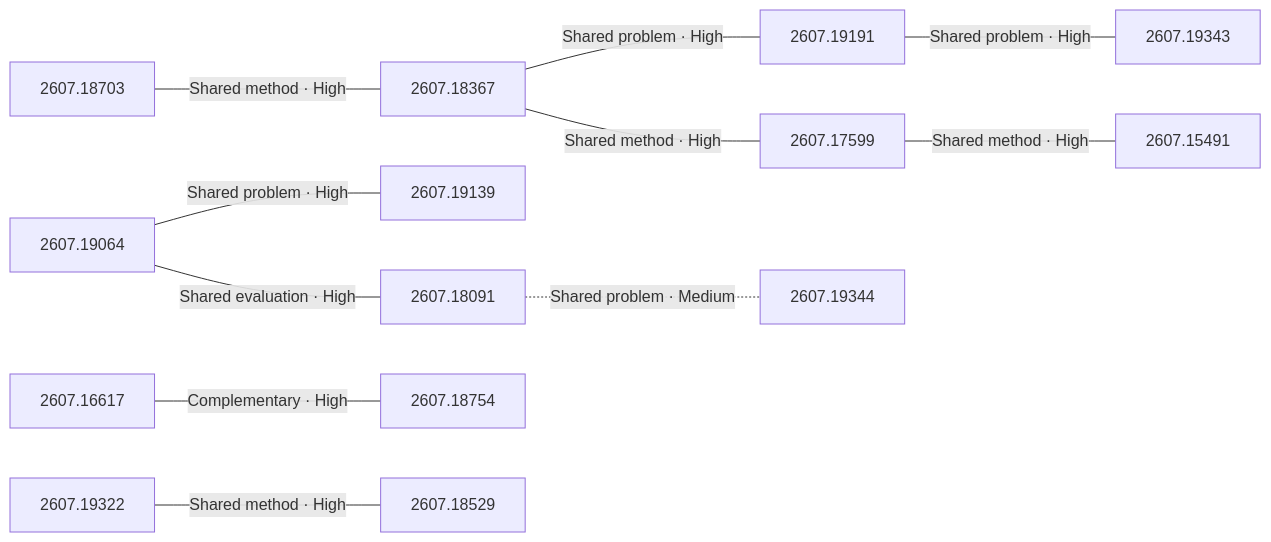
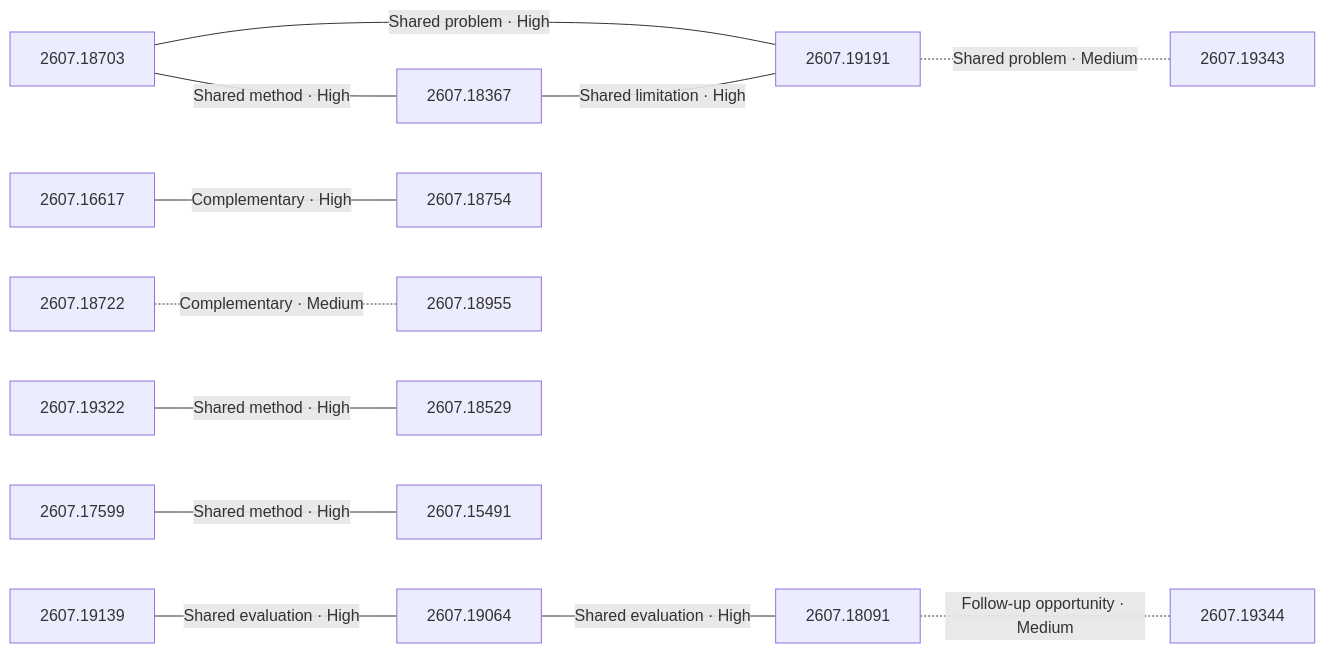
Before and after one commit to vollero/hf-daily-paper-summaries: the diagram in summaries/2026/07/2026-07-22/relationships.md, drawn with Mermaid. The commit also changed other lines of this file and 1 other file, not shown here.

Commit message:
Publish summary, analyses, and graph 2026-07-22

````diff
--- a/summaries/2026/07/2026-07-22/relationships.md
+++ b/summaries/2026/07/2026-07-22/relationships.md
@@ -26,29 +26,32 @@
 ```mermaid
 flowchart LR
   accTitle: Same-day paper relationships
   accDescr: Editorial hypotheses connecting papers from this daily collection.
   c1["2607.18703"]
-  c2["2607.16617"]
-  c3["2607.19064"]
-  c4["2607.19139"]
+  c2["2607.19139"]
+  c3["2607.16617"]
+  c4["2607.19064"]
   c5["2607.18367"]
-  c7["2607.18754"]
-  c8["2607.18091"]
+  c6["2607.18722"]
+  c7["2607.18091"]
+  c8["2607.18754"]
   c9["2607.19191"]
   c11["2607.19322"]
+  c13["2607.18955"]
   c14["2607.18529"]
   c15["2607.19343"]
   c16["2607.19344"]
   c17["2607.17599"]
   c18["2607.15491"]
   c1 ---|"Shared method · High"| c5
-  c5 ---|"Shared problem · High"| c9
-  c9 ---|"Shared problem · High"| c15
-  c5 ---|"Shared method · High"| c17
-  c3 ---|"Shared problem · High"| c4
-  c3 ---|"Shared evaluation · High"| c8
-  c8 -.-|"Shared problem · Medium"| c16
-  c2 ---|"Complementary · High"| c7
+  c1 ---|"Shared problem · High"| c9
+  c5 ---|"Shared limitation · High"| c9
+  c2 ---|"Shared evaluation · High"| c4
+  c4 ---|"Shared evaluation · High"| c7
+  c7 -.-|"Follow-up opportunity · Medium"| c16
   c11 ---|"Shared method · High"| c14
+  c3 ---|"Complementary · High"| c8
+  c6 -.-|"Complementary · Medium"| c13
+  c9 -.-|"Shared problem · Medium"| c15
   c17 ---|"Shared method · High"| c18
 ```
````
